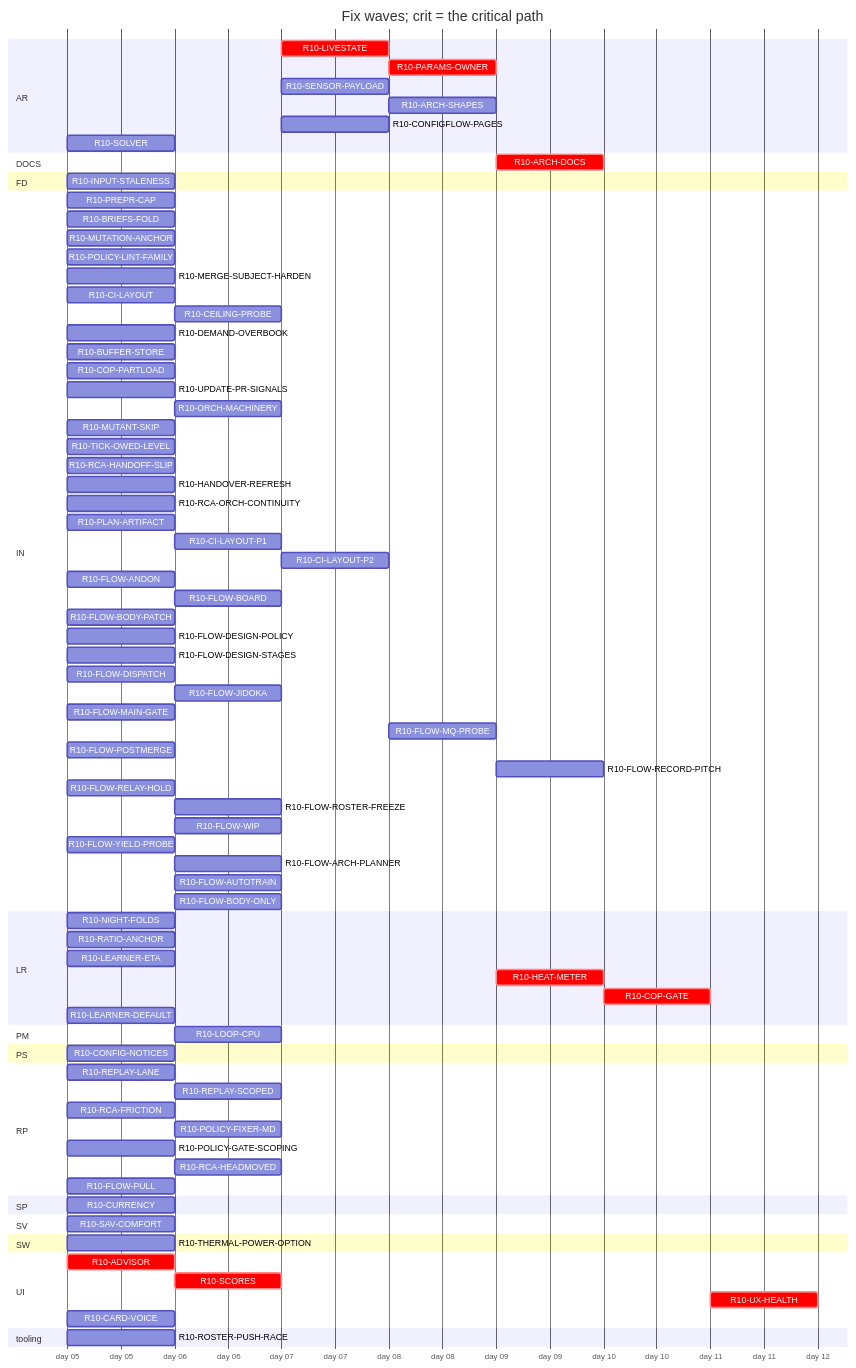
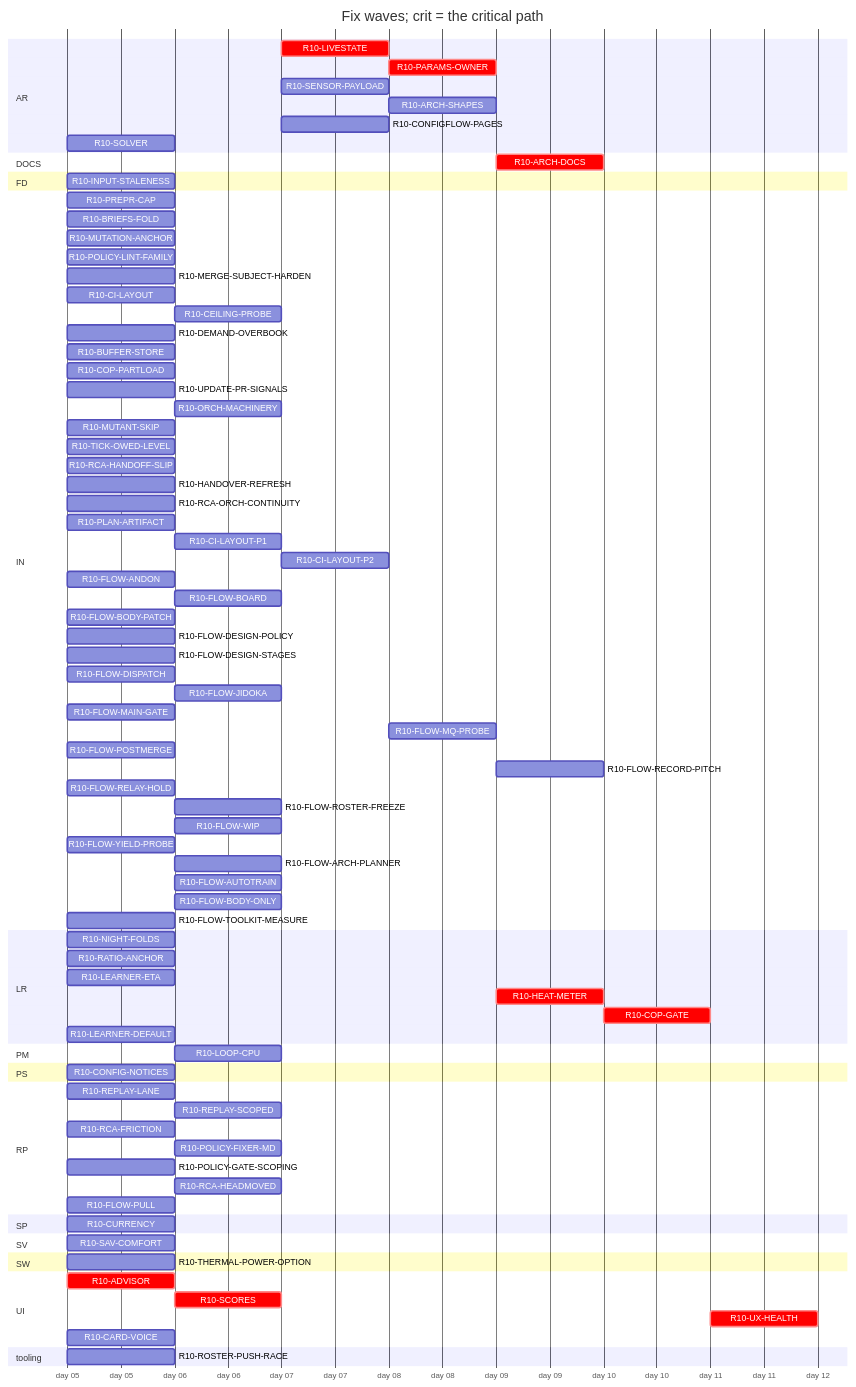
Before and after one commit to tvofi/heatpump_optimizer: the diagram in handoff/round10/state/PLAN-TABLE.md, drawn with Mermaid. The commit also changed other lines of this file and 2 other files, not shown here.

```diff
--- a/handoff/round10/state/PLAN-TABLE.md
+++ b/handoff/round10/state/PLAN-TABLE.md
@@ -78,6 +78,7 @@
     R10-FLOW-ARCH-PLANNER :r10FLOWARCHPLANNER, after r10FLOWDESIGNPOLICY, 1d
     R10-FLOW-AUTOTRAIN :r10FLOWAUTOTRAIN, after r10FLOWPULL, 1d
     R10-FLOW-BODY-ONLY :r10FLOWBODYONLY, after r10UPDATEPRSIGNALS r10FLOWBODYPATCH, 1d
+    R10-FLOW-TOOLKIT-MEASURE :r10FLOWTOOLKITMEASURE, 2026-01-05, 1d
   section LR
     R10-NIGHT-FOLDS :r10NIGHTFOLDS, 2026-01-05, 1d
     R10-RATIO-ANCHOR :r10RATIOANCHOR, 2026-01-05, 1d
```
